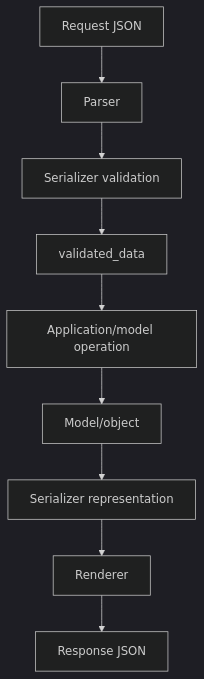
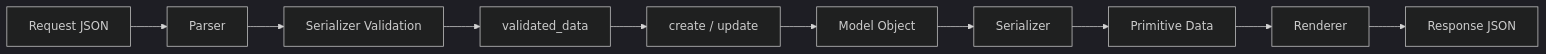
The first of 4 diagrams in src/content/drf/serializers.md (AvadhBhalodiya/Interview-Preparation), drawn with Mermaid (dark theme) before and after one commit. The commit also changed other lines of this file and 80 other files, not shown here.

````diff
--- a/src/content/drf/serializers.md
+++ b/src/content/drf/serializers.md
@@ -21,11 +22,12 @@
 ```mermaid
-flowchart TD
+flowchart LR
     A[Request JSON] --> B[Parser]
-    B --> C[Serializer validation]
+    B --> C[Serializer Validation]
     C --> D[validated_data]
-    D --> E["Application/model operation"]
-    E --> F["Model/object"]
-    F --> G[Serializer representation]
-    G --> H[Renderer]
-    H --> I[Response JSON]
+    D --> E[create / update]
+    E --> F[Model Object]
+    F --> G[Serializer]
+    G --> H[Primitive Data]
+    H --> I[Renderer]
+    I --> J[Response JSON]
 ```
````
